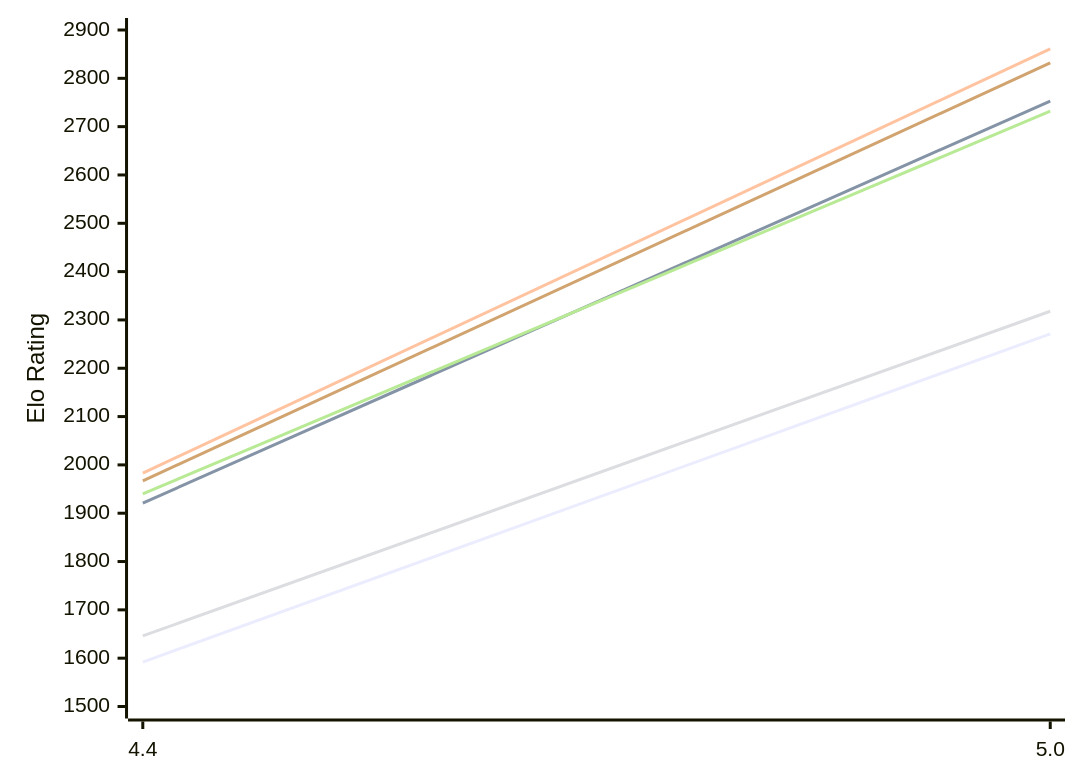
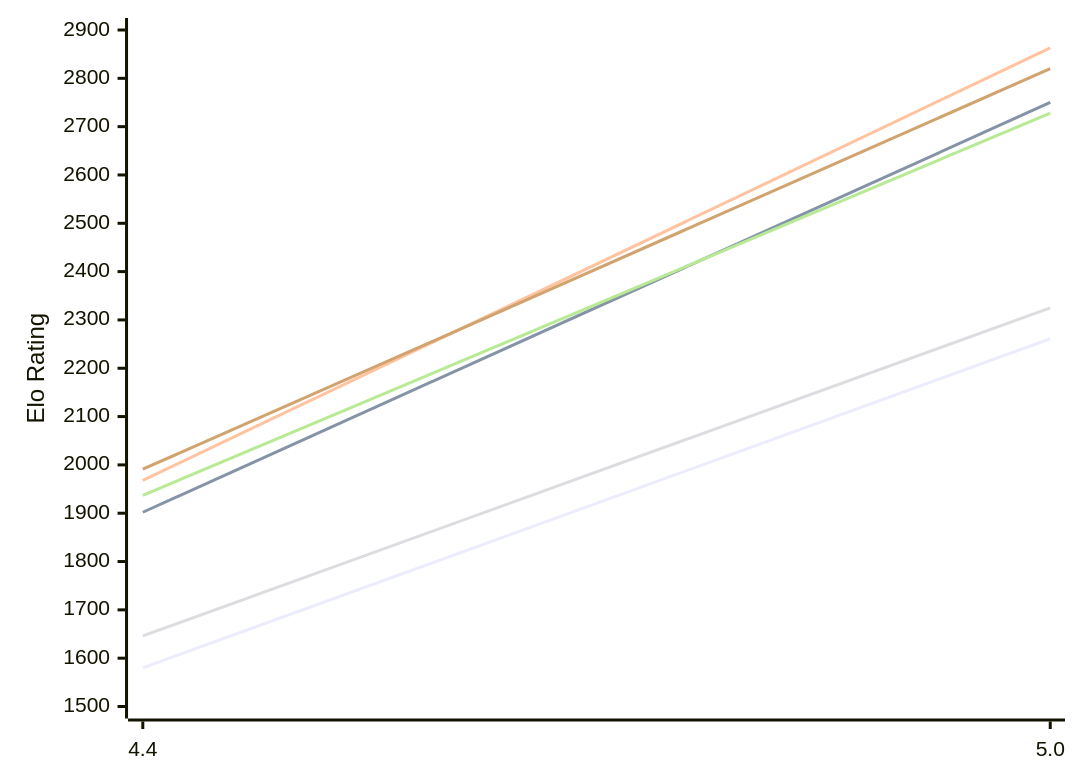
Before and after one commit to computer-chess-index/cci: the first of 2 diagrams in engines/Radiance.md, drawn with Mermaid. The commit also changed other lines of this file, not shown here.

Commit message:
Update CCI Ratings (ELO VLTC) - 2026-11-15

````diff
--- a/engines/Radiance.md
+++ b/engines/Radiance.md
@@ -51,12 +51,12 @@
 ```mermaid
 %%{init: {"theme":"base","themeVariables":{"seriesColors:['#a3a3a3','#222221','#faa371']}}}%%
 xychart-beta
   x-axis ["4.4", "5.0"]
   y-axis "Elo Rating" 1500 --> 2900
-  line "E1: STC (8.0+0.08s)" [1592, 2271]
-  line "E1: LTC (60.0+0.60s)" [1921, 2753]
-  line "E1: VLTC (2m24s+1.12s)" [1983, 2861]
-  line "P1: STC (8.0+0.08s)" [1646, 2318]
-  line "P1: LTC (60.0+0.60s)" [1940, 2732]
-  line "P1: VLTC (2m24s+1.12s)" [1967, 2832]
+  line "E1: STC (8.0+0.08s)" [1580, 2261]
+  line "E1: LTC (60.0+0.60s)" [1902, 2750]
+  line "E1: VLTC (2m24s+1.12s)" [1968, 2863]
+  line "P1: STC (8.0+0.08s)" [1646, 2325]
+  line "P1: LTC (60.0+0.60s)" [1937, 2728]
+  line "P1: VLTC (2m24s+1.12s)" [1991, 2820]
 ```
````
